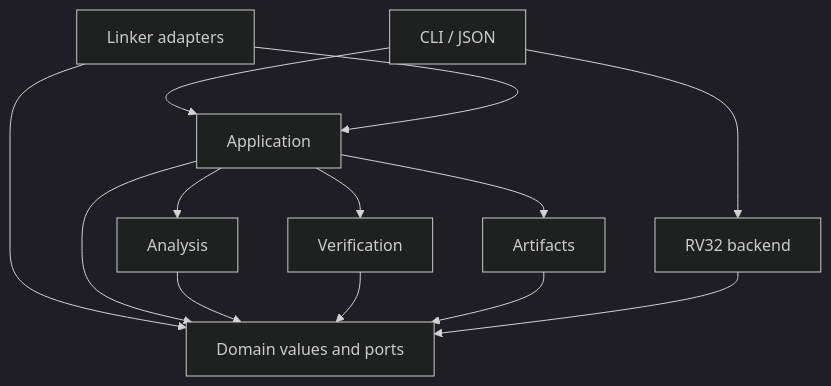
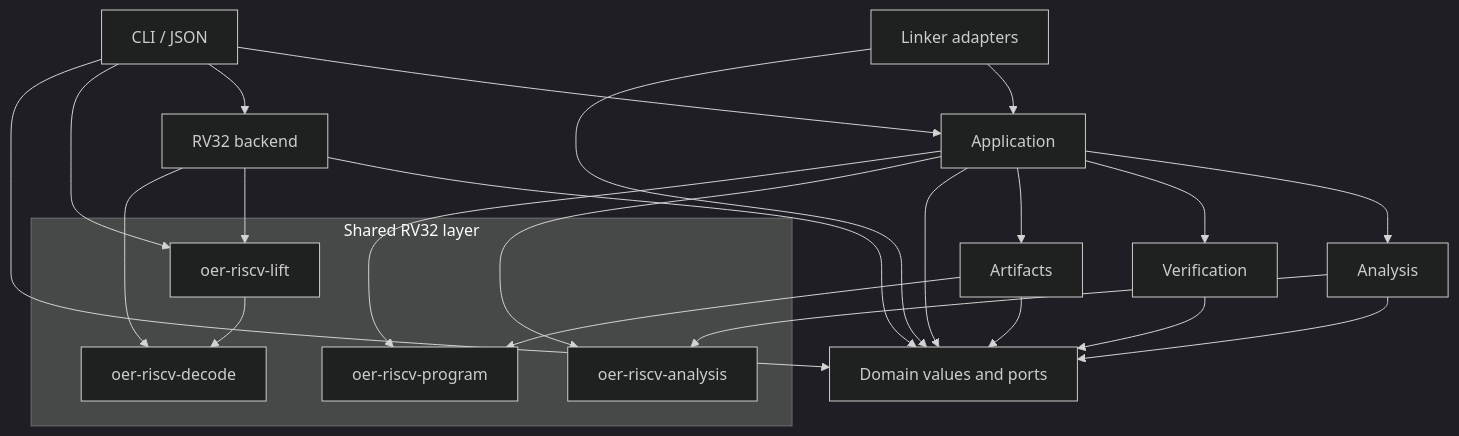
The diagram in tools/blobray/docs/design/architecture.md (ermacv/open-esp-radio-rs), drawn with Mermaid (dark theme) before and after one commit. The commit also changed other lines of this file and 7 other files, not shown here.

First line of the commit message:
feat(repo): enforce the dependency table of Blobray and the shared RV32 layer

````diff
--- a/tools/blobray/docs/design/architecture.md
+++ b/tools/blobray/docs/design/architecture.md
@@ -117,15 +123,28 @@
 ```mermaid
 flowchart TD
     Host[CLI / JSON] --> App[Application]
     Linker[Linker adapters] --> App
     Linker --> Domain
     Host --> RV[RV32 backend]
+    Host --> Lift
+    Host --> Domain
     App --> Analysis[Analysis]
     App --> Verify[Verification]
     App --> Artifacts[Artifacts]
     App --> Domain[Domain values and ports]
+    App --> FnAnalysis
+    App --> Program
     Analysis --> Domain
+    Analysis --> FnAnalysis
     Verify --> Domain
     Artifacts --> Domain
+    Artifacts --> Program
     RV --> Domain
+    RV --> Lift
+    RV --> Decode
+    subgraph ISA[Shared RV32 layer]
+        Lift[oer-riscv-lift] --> Decode[oer-riscv-decode]
+        FnAnalysis[oer-riscv-analysis]
+        Program[oer-riscv-program]
+    end
 ```
````
